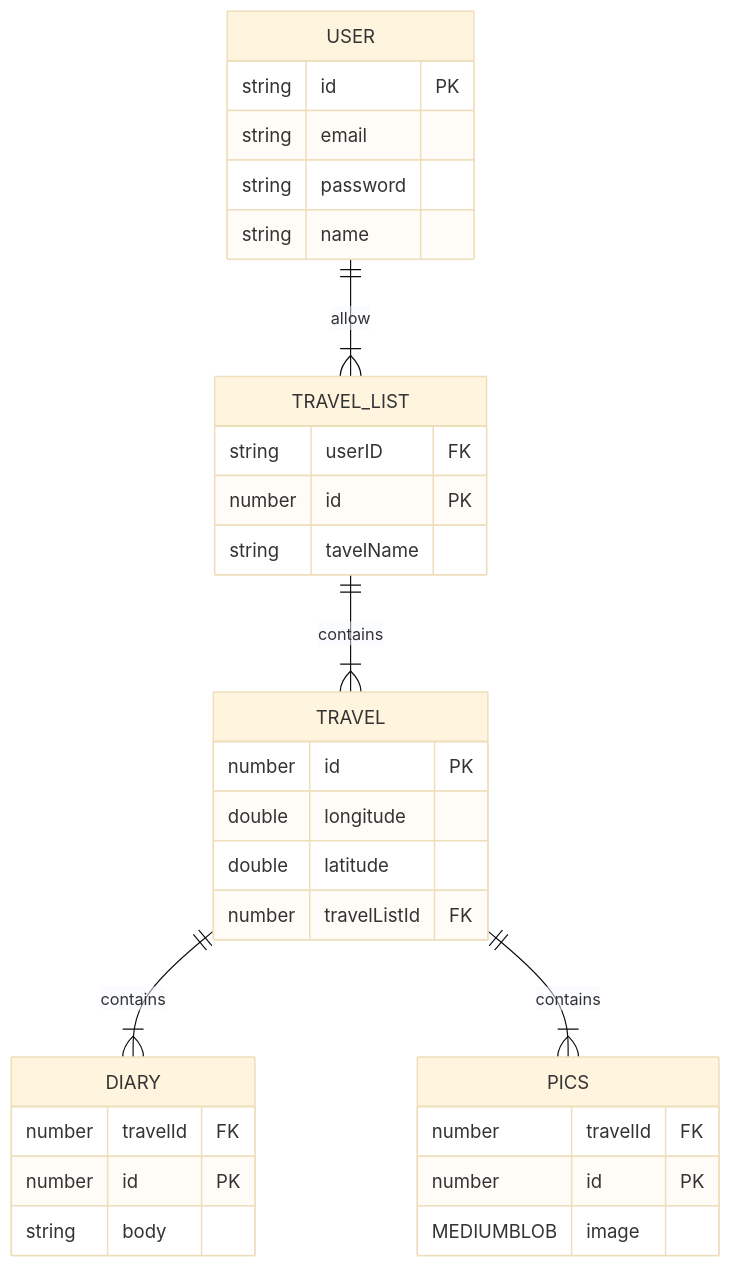
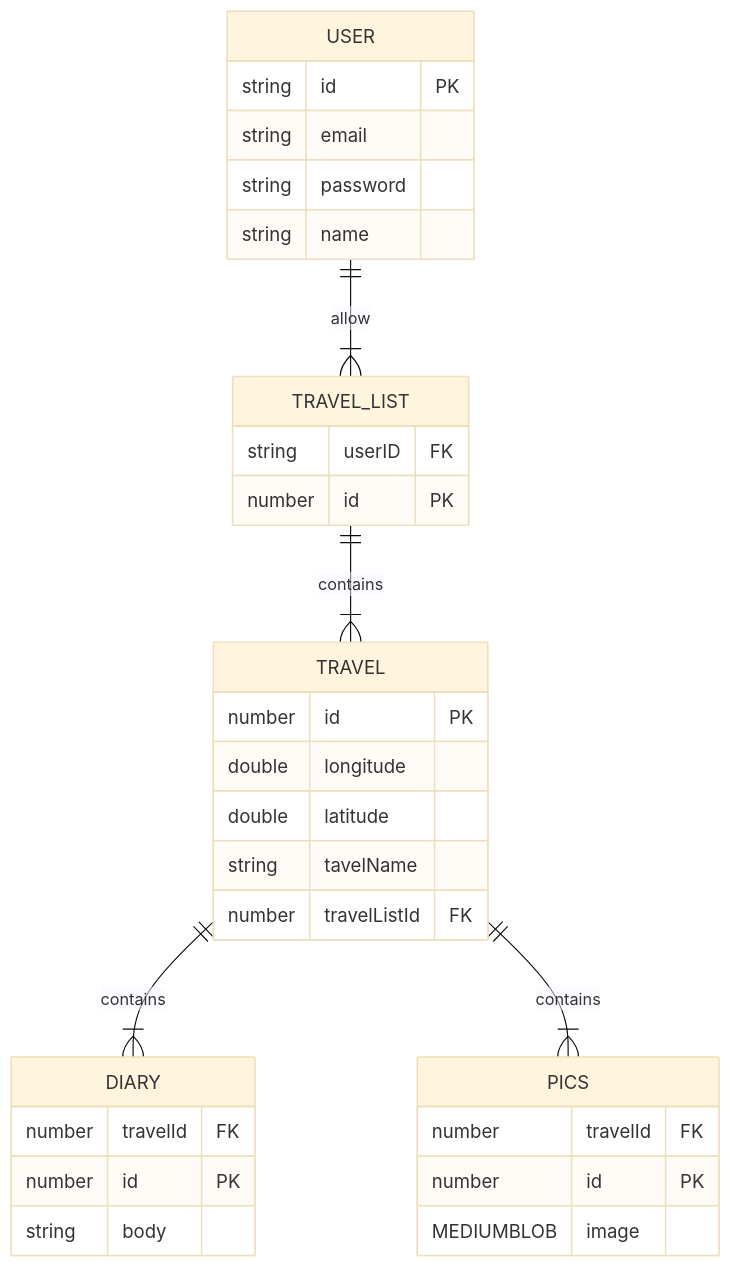
Before and after one commit to KMUlee/nestjs-intertravel: the diagram in README.md, drawn with Mermaid (base theme). The commit also changed other lines of this file and 2 other files, not shown here.

````diff
--- a/README.md
+++ b/README.md
@@ -15,40 +15,40 @@
 ```mermaid
 erDiagram
     USER ||--|{ TRAVEL_LIST : allow
     TRAVEL_LIST ||--|{ TRAVEL: contains
     TRAVEL || -- |{ DIARY : contains
     TRAVEL || -- |{ PICS : contains
 
 
     USER {
       string id PK
       string email
       string password
       string name
     }
 
     TRAVEL_LIST {
       string userID FK
       number id PK
-      string tavelName
     }
 
     TRAVEL {
       number id PK
       double longitude
       double latitude
+      string tavelName
       number travelListId FK
     }
 
     DIARY {
       number travelId FK
       number id PK
       string body
     }
 
     PICS {
       number travelId FK
       number id PK
       MEDIUMBLOB image
     }
 ```
````
